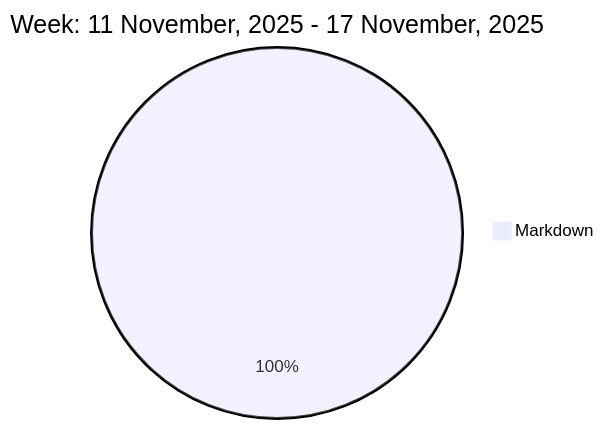
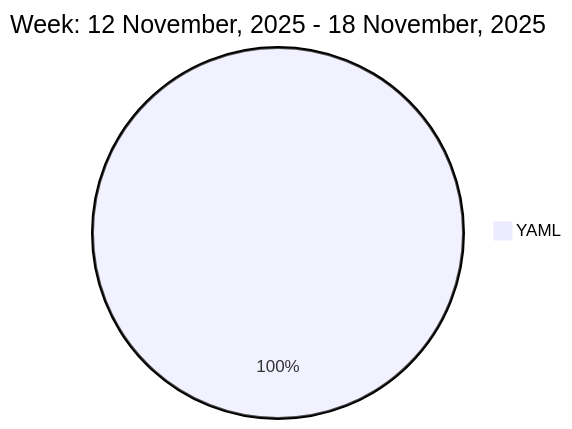
One commit to liubin95/liubin95 changed the diagram in README.md. Above: the diagram before and after it, drawn with Mermaid.

Commit message:
Updated the Graph with new Metrics

````diff
--- a/README.md
+++ b/README.md
@@ -37,5 +37,5 @@
 ```mermaid
  pie
-title Week: 11 November, 2025 - 17 November, 2025
- "Markdown" : 1.23
+title Week: 12 November, 2025 - 18 November, 2025
+ "YAML" : 1.18
 ```
````
